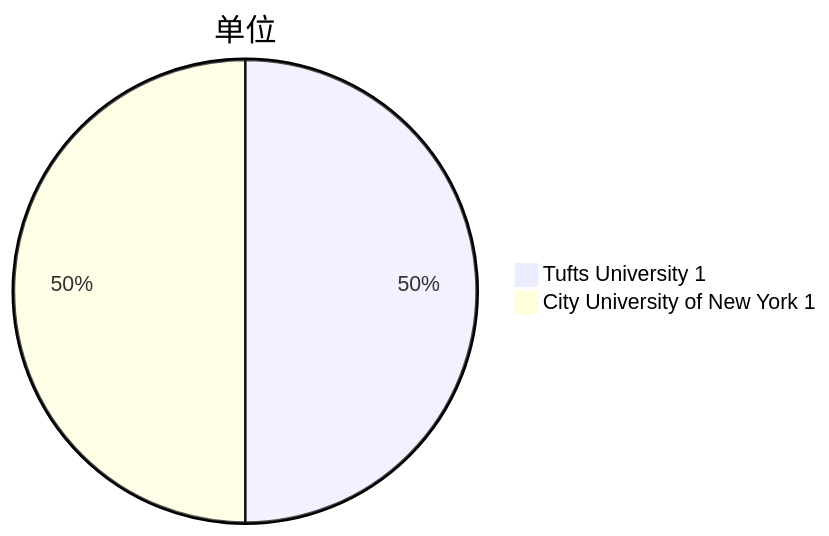
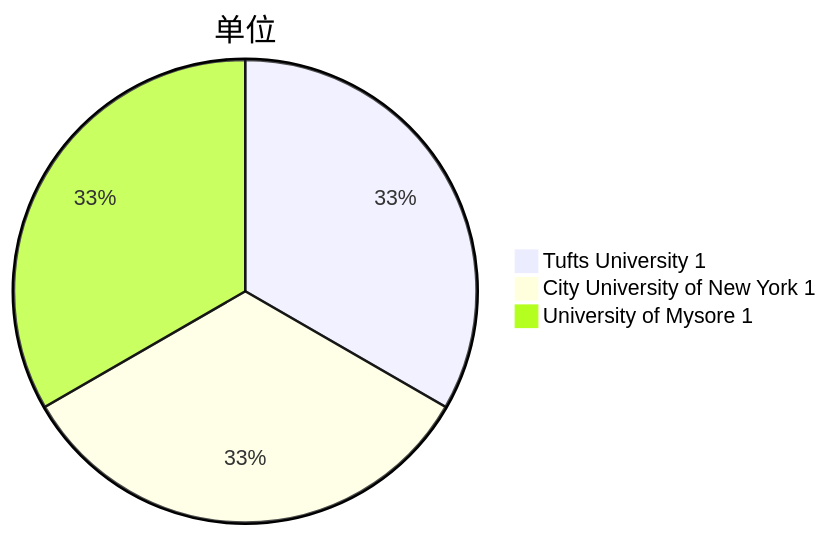
One commit to Elephant-King9/Paper changed the third of 5 diagrams in CV/PE/analyse.md. Above: the diagram before and after it, drawn with Mermaid. The commit also changed other lines of this file and 2 other files, not shown here.

````diff
--- a/CV/PE/analyse.md
+++ b/CV/PE/analyse.md
@@ -27,5 +29,6 @@
 ```mermaid
 pie title 单位
 	"Tufts University 1" : 1
 	"City University of New York 1" : 1
+	"University of Mysore 1" : 1
 ```
````
